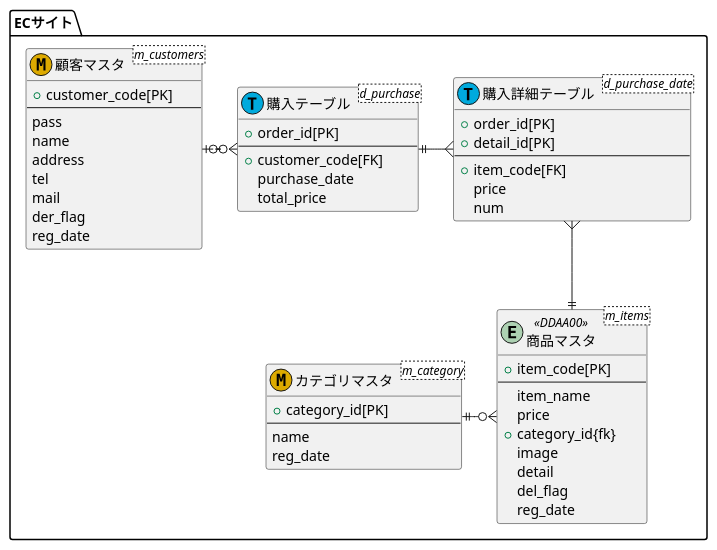
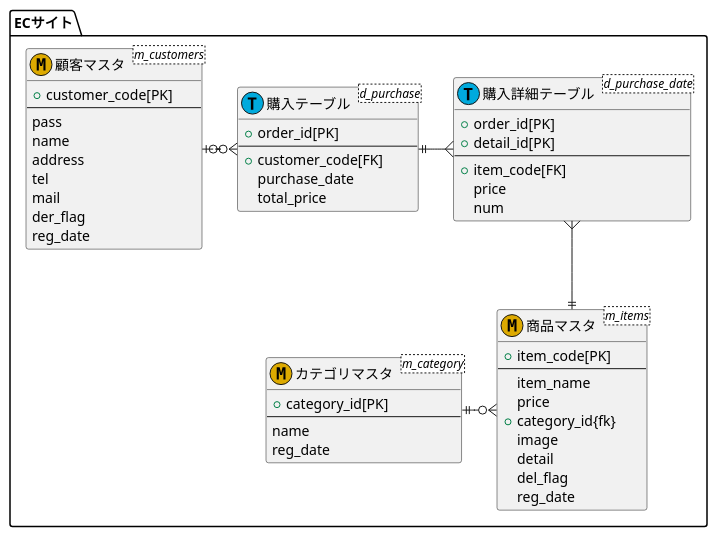
One commit to Aso2001033/2021.design-sys changed the diagram in mye-r.md. Above: the diagram before and after it, drawn with PlantUML.

````diff
--- a/mye-r.md
+++ b/mye-r.md
@@ -1,62 +1,62 @@
 ```puml
 @startuml
 
 package "ECサイト" as target_system{
 
 entity "顧客マスタ"<m_customers><<M,DDAA00>>{
 +customer_code[PK]
 --
 pass
 name
 address
 tel
 mail
 der_flag
 reg_date
 }
 
 entity "購入テーブル"<d_purchase><<T,00AADD>>{
 +order_id[PK]
 --
 +customer_code[FK]
 purchase_date
 total_price
 }
 
 entity "購入詳細テーブル"<d_purchase_date><<T,00AADD>>{
 +order_id[PK]
 +detail_id[PK]
 --
 +item_code[FK]
 price
 num
 }
 
-entity "商品マスタ"<m_items><<DDAA00>>{
+entity "商品マスタ"<m_items><<M,DDAA00>>{
 +item_code[PK]
 --
 item_name
 price
 +category_id{fk}
 image
 detail
 del_flag
 reg_date
 }
 
 entity "カテゴリマスタ"<m_category><<M,DDAA00>>{
 +category_id[PK]
 --
 name
 reg_date
 }
 
 }
 
 顧客マスタ |o-ri-o{ 購入テーブル
 購入テーブル ||-ri-{ 購入詳細テーブル 
 購入詳細テーブル }-do-|| 商品マスタ
 商品マスタ }o-le-|| カテゴリマスタ
 
 @enduml
 ```
````
